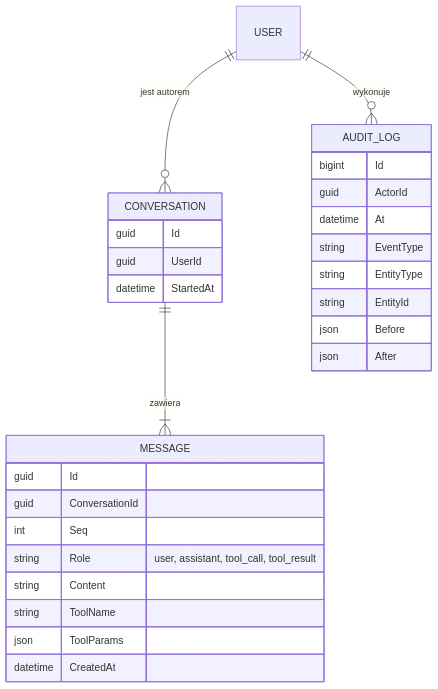
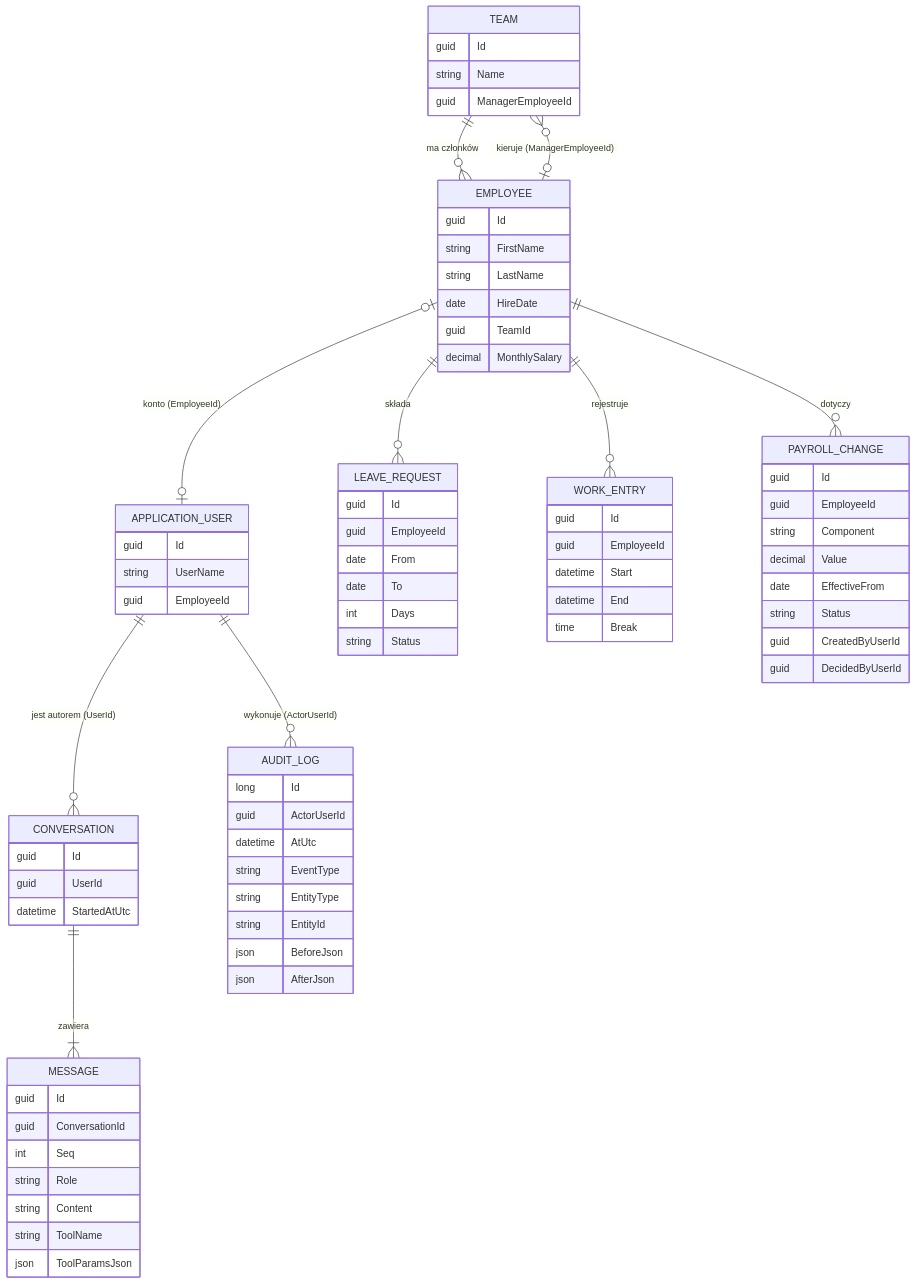
One commit to 99996927/TePePwEduPL changed the third of 3 diagrams in docs/arc42/05-widok-blokow.md. Above: the diagram before and after it, drawn with Mermaid. The commit also changed other lines of this file and 2 other files, not shown here.

Commit message:
Zaktualizuj dokumentację o warstwę danych

````diff
--- a/docs/arc42/05-widok-blokow.md
+++ b/docs/arc42/05-widok-blokow.md
@@ -80,31 +80,21 @@
 ```mermaid
 erDiagram
-    USER ||--o{ CONVERSATION : "jest autorem"
+    TEAM ||--o{ EMPLOYEE : "ma członków"
+    EMPLOYEE |o--o{ TEAM : "kieruje (ManagerEmployeeId)"
+    EMPLOYEE |o--o| APPLICATION_USER : "konto (EmployeeId)"
+    EMPLOYEE ||--o{ LEAVE_REQUEST : składa
+    EMPLOYEE ||--o{ WORK_ENTRY : rejestruje
+    EMPLOYEE ||--o{ PAYROLL_CHANGE : dotyczy
+    APPLICATION_USER ||--o{ CONVERSATION : "jest autorem (UserId)"
     CONVERSATION ||--|{ MESSAGE : zawiera
-    USER ||--o{ AUDIT_LOG : "wykonuje"
-    CONVERSATION {
-        guid Id
-        guid UserId
-        datetime StartedAt
-    }
-    MESSAGE {
-        guid Id
-        guid ConversationId
-        int Seq
-        string Role "user, assistant, tool_call, tool_result"
-        string Content
-        string ToolName
-        json ToolParams
-        datetime CreatedAt
-    }
-    AUDIT_LOG {
-        bigint Id
-        guid ActorId
-        datetime At
-        string EventType
-        string EntityType
-        string EntityId
-        json Before
-        json After
-    }
+    APPLICATION_USER ||--o{ AUDIT_LOG : "wykonuje (ActorUserId)"
+    TEAM { guid Id string Name guid ManagerEmployeeId }
+    EMPLOYEE { guid Id string FirstName string LastName date HireDate guid TeamId decimal MonthlySalary }
+    APPLICATION_USER { guid Id string UserName guid EmployeeId }
+    LEAVE_REQUEST { guid Id guid EmployeeId date From date To int Days string Status }
+    WORK_ENTRY { guid Id guid EmployeeId datetime Start datetime End time Break }
+    PAYROLL_CHANGE { guid Id guid EmployeeId string Component decimal Value date EffectiveFrom string Status guid CreatedByUserId guid DecidedByUserId }
+    CONVERSATION { guid Id guid UserId datetime StartedAtUtc }
+    MESSAGE { guid Id guid ConversationId int Seq string Role string Content string ToolName json ToolParamsJson }
+    AUDIT_LOG { long Id guid ActorUserId datetime AtUtc string EventType string EntityType string EntityId json BeforeJson json AfterJson }
 ```
````
